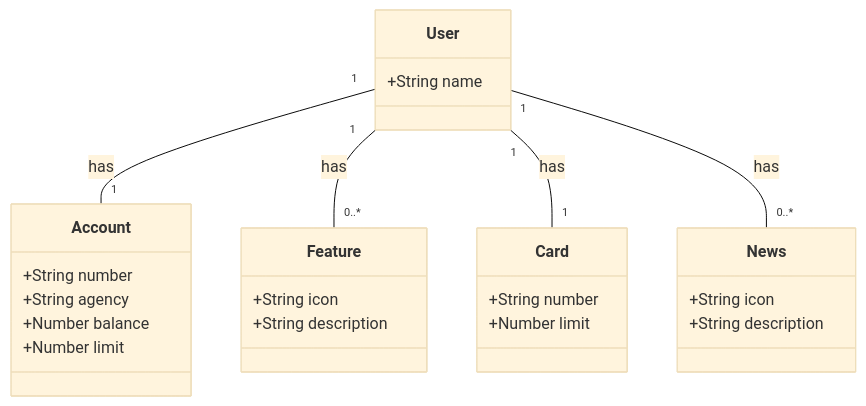
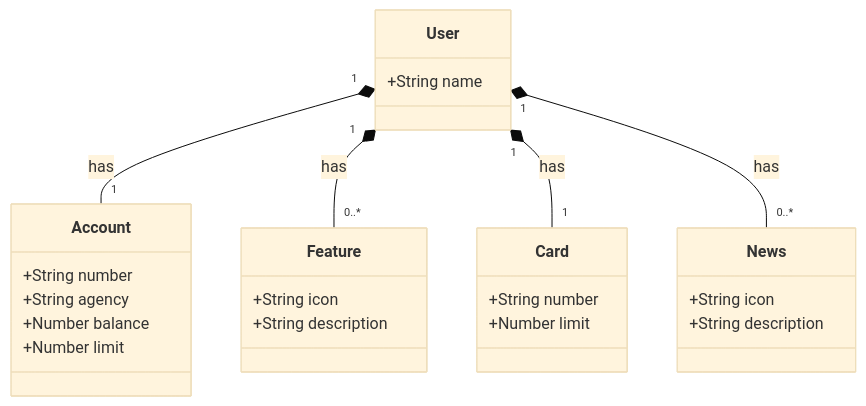
The diagram in spring-boot/satander-dev-week/README.md (WalassiSilva/dio-java), drawn with Mermaid (base theme) before and after one commit.

````diff
--- a/spring-boot/satander-dev-week/README.md
+++ b/spring-boot/satander-dev-week/README.md
@@ -5,33 +5,33 @@
 ```mermaid
 classDiagram
     class User {
         +String name
     }
 
     class Account {
         +String number
         +String agency
         +Number balance
         +Number limit
     }
 
     class Feature {
         +String icon
         +String description
     }
 
     class Card {
         +String number
         +Number limit
     }
 
     class News {
         +String icon
         +String description
     }
 
-    User "1" -- "1" Account : has
-    User "1" -- "0..*" Feature : has
-    User "1" -- "1" Card : has
-    User "1" -- "0..*" News : has
+    User "1" *-- "1" Account : has
+    User "1" *-- "0..*" Feature : has
+    User "1" *-- "1" Card : has
+    User "1" *-- "0..*" News : has
 ```
````
